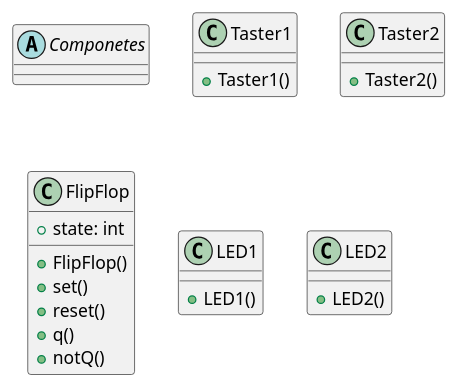
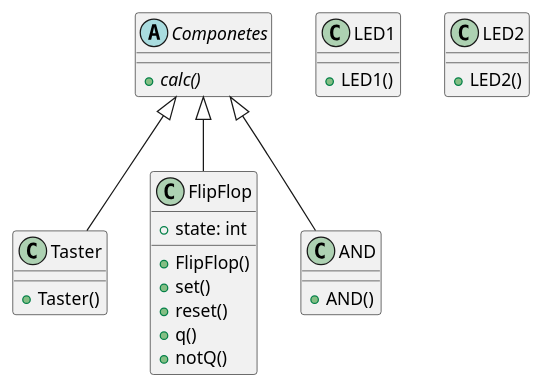
The diagram in src/Klassen_UML.puml (Ali8105/sew5_sem1), drawn with PlantUML before and after one commit.

```diff
--- a/src/Klassen_UML.puml
+++ b/src/Klassen_UML.puml
@@ -1,34 +1,36 @@
 @startuml
 
 abstract class Componetes{
-
+ + {abstract} calc()
 }
 
-class Taster1 {
- + Taster1()
-}
-
-class Taster2{
- + Taster2()
+class Taster {
+ + Taster()
 }
 
 class FlipFlop{
  + FlipFlop()
  + state: int
  + set()
  + reset()
  + q()
  + notQ()
 }
 
 class LED1{
  + LED1()
 }
 
 class LED2{
  + LED2()
 }
 
+class AND{
+ + AND()
+}
 
+Componetes <|-- FlipFlop
+Componetes <|-- AND
+Componetes <|-- Taster
 
 @enduml
```
